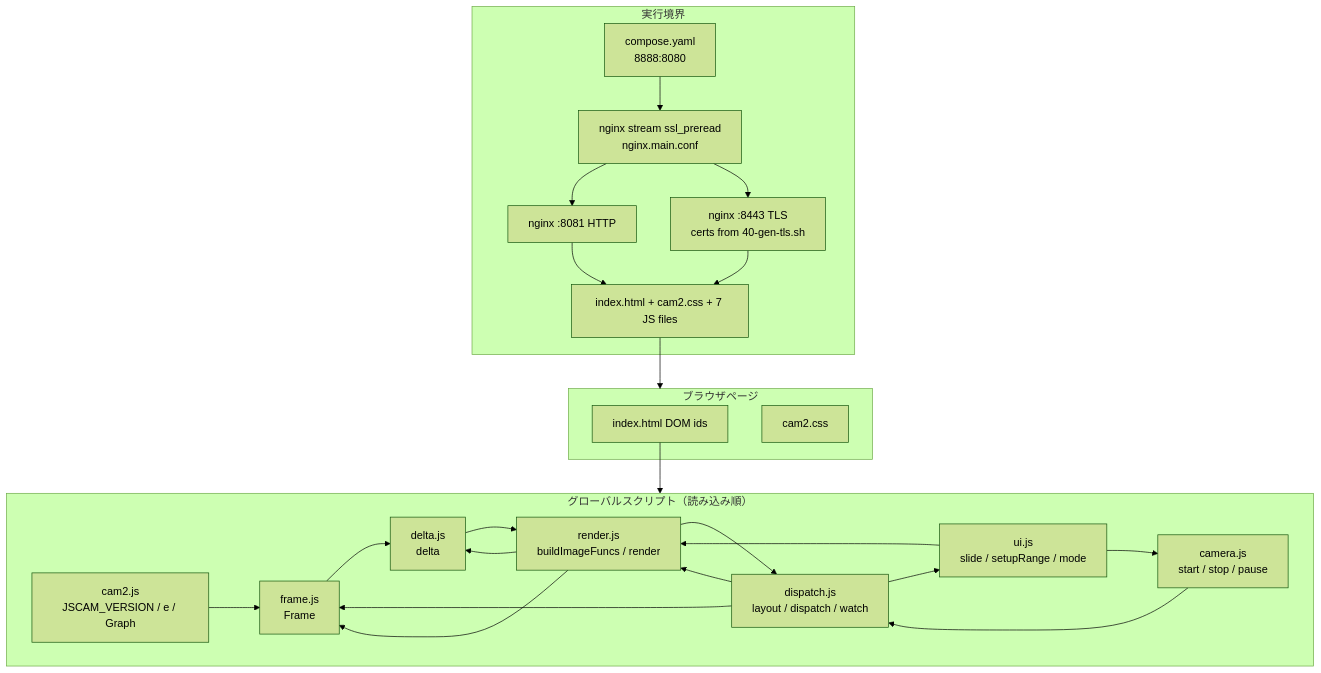
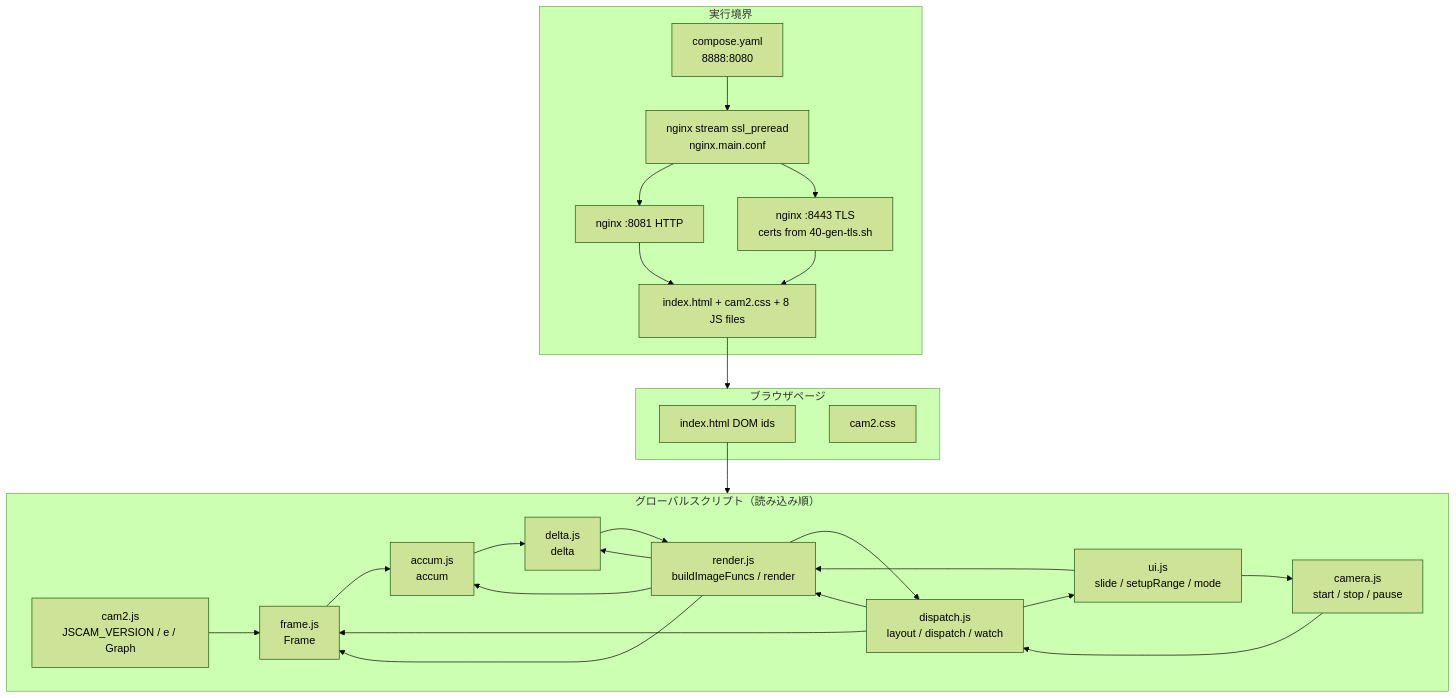
Before and after one commit to mfujimoto-code/JSCam: the first of 4 diagrams in jscam/cam2-design.md, drawn with Mermaid (forest theme). The commit also changed other lines of this file and 9 other files, not shown here.

````diff
--- a/jscam/cam2-design.md
+++ b/jscam/cam2-design.md
@@ -161,42 +163,44 @@
 ```mermaid
 flowchart TB
   subgraph Runtime["実行境界"]
     Compose["compose.yaml<br/>8888:8080"]
     Stream["nginx stream ssl_preread<br/>nginx.main.conf"]
     HTTP["nginx :8081 HTTP"]
     TLS["nginx :8443 TLS<br/>certs from 40-gen-tls.sh"]
-    Static["index.html + cam2.css + 7 JS files"]
+    Static["index.html + cam2.css + 8 JS files"]
     Compose --> Stream
     Stream --> HTTP
     Stream --> TLS
     HTTP --> Static
     TLS --> Static
   end
 
   subgraph Page["ブラウザページ"]
     HTML["index.html DOM ids"]
     CSS["cam2.css"]
   end
 
   Static --> Page
 
   subgraph Scripts["グローバルスクリプト（読み込み順）"]
     Cam2["cam2.js<br/>JSCAM_VERSION / e / Graph"]
     FrameF["frame.js<br/>Frame"]
+    AccumF["accum.js<br/>accum"]
     DeltaF["delta.js<br/>delta"]
     RenderF["render.js<br/>buildImageFuncs / render"]
     DispF["dispatch.js<br/>layout / dispatch / watch"]
     UiF["ui.js<br/>slide / setupRange / mode"]
     CamF["camera.js<br/>start / stop / pause"]
-    Cam2 --> FrameF --> DeltaF --> RenderF --> DispF --> UiF --> CamF
+    Cam2 --> FrameF --> AccumF --> DeltaF --> RenderF --> DispF --> UiF --> CamF
   end
 
   HTML --> Scripts
 
   DispF --> RenderF
   RenderF --> FrameF
+  RenderF --> AccumF
   RenderF --> DeltaF
   DispF --> FrameF
   CamF --> DispF
   UiF --> RenderF
 ```
````
